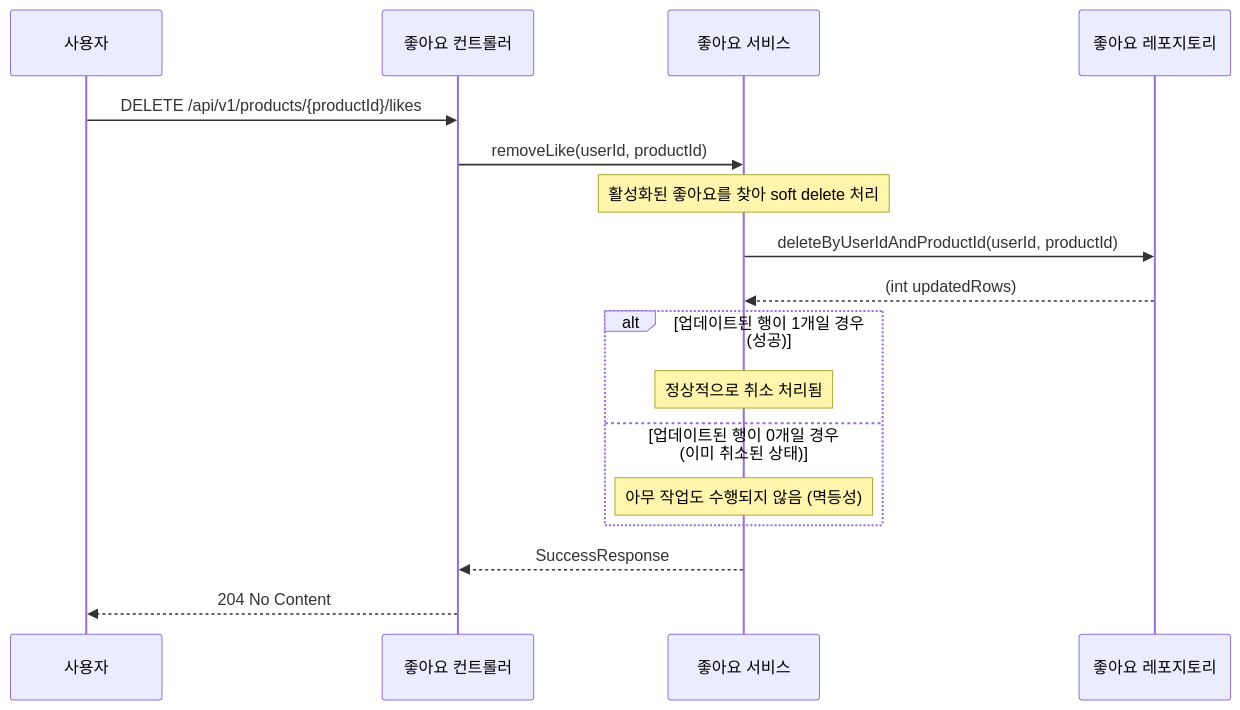
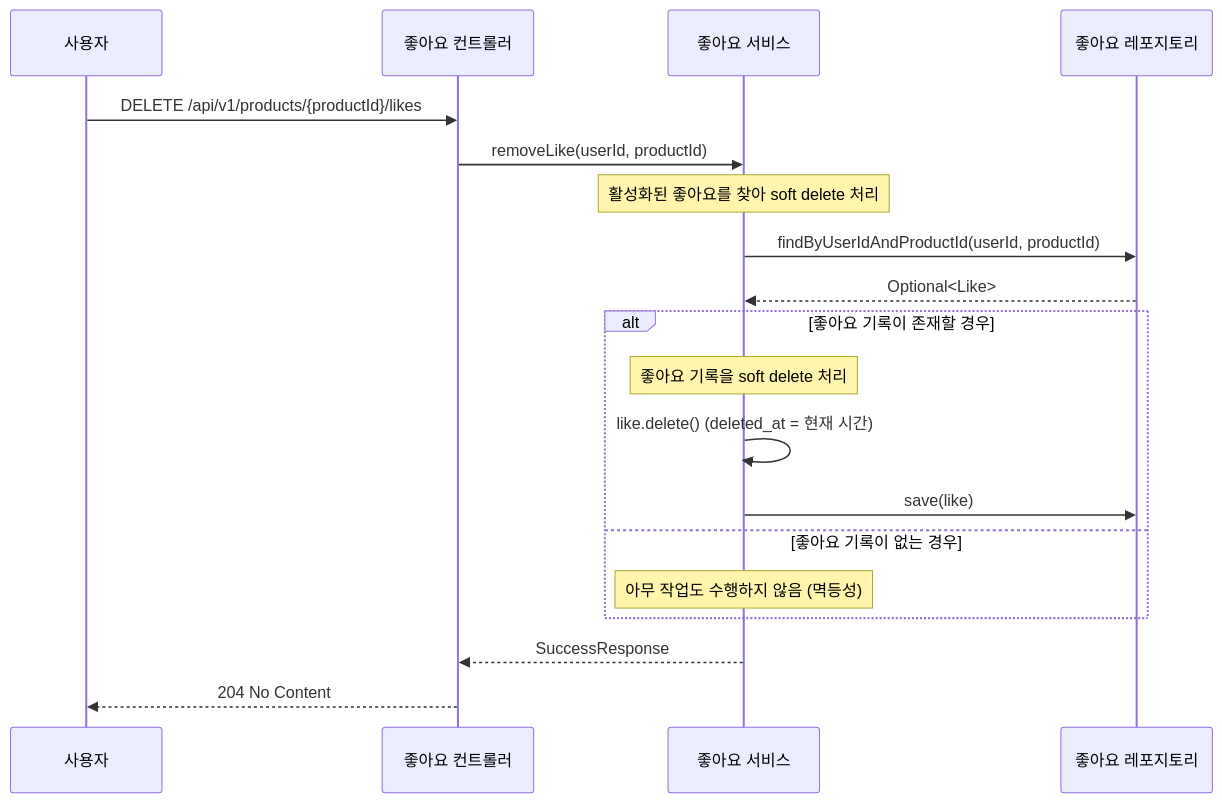
The fourth of 5 diagrams in docs/design/02-sequence-diagrams.md (Loopers-Team-6/chanho), drawn with Mermaid before and after one commit. The commit also changed other lines of this file and 3 other files, not shown here.

````diff
--- a/docs/design/02-sequence-diagrams.md
+++ b/docs/design/02-sequence-diagrams.md
@@ -95,21 +101,22 @@
 ```mermaid
 sequenceDiagram
     participant User as 사용자
     participant LikeController as 좋아요 컨트롤러
     participant LikeService as 좋아요 서비스
     participant LikeRepository as 좋아요 레포지토리
     User ->> LikeController: DELETE /api/v1/products/{productId}/likes
     LikeController ->> LikeService: removeLike(userId, productId)
     Note over LikeService: 활성화된 좋아요를 찾아 soft delete 처리
-    LikeService ->> LikeRepository: deleteByUserIdAndProductId(userId, productId)
-    LikeRepository -->> LikeService: (int updatedRows)
-
-    alt 업데이트된 행이 1개일 경우 (성공)
-        Note over LikeService: 정상적으로 취소 처리됨
-    else 업데이트된 행이 0개일 경우 (이미 취소된 상태)
-        Note over LikeService: 아무 작업도 수행되지 않음 (멱등성)
+    LikeService ->> LikeRepository: findByUserIdAndProductId(userId, productId)
+    LikeRepository -->> LikeService: Optional<Like>
+    alt 좋아요 기록이 존재할 경우
+        Note over LikeService: 좋아요 기록을 soft delete 처리
+        LikeService ->> LikeService: like.delete() (deleted_at = 현재 시간)
+        LikeService ->> LikeRepository: save(like)
+    else 좋아요 기록이 없는 경우
+        Note over LikeService: 아무 작업도 수행하지 않음 (멱등성)
     end
 
     LikeService -->> LikeController: SuccessResponse
     LikeController -->> User: 204 No Content
 ```
````
